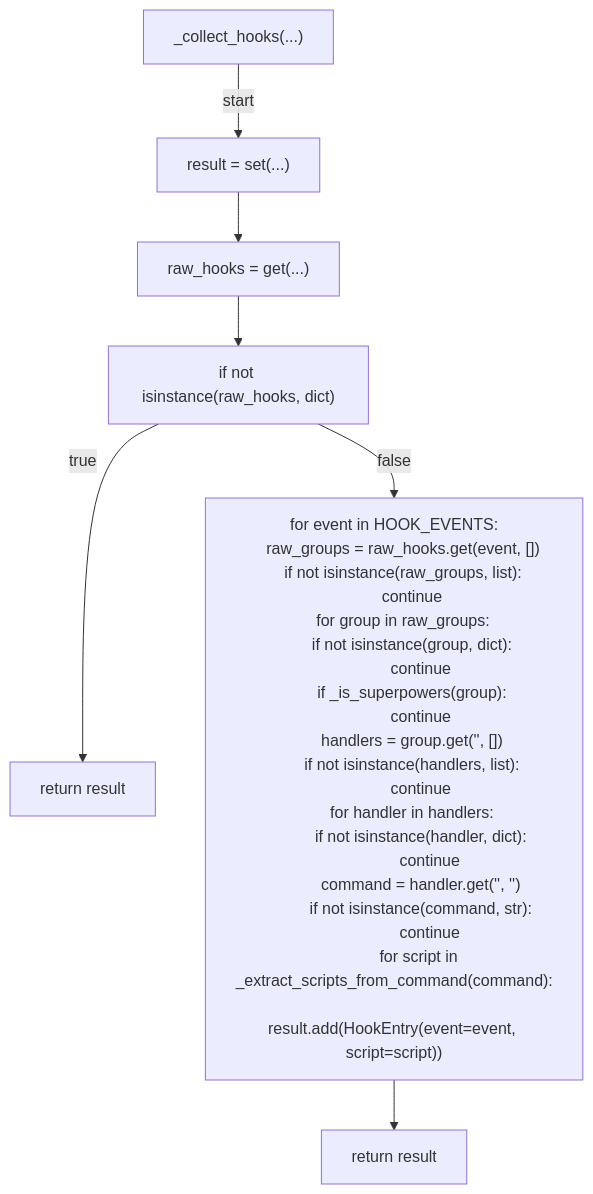
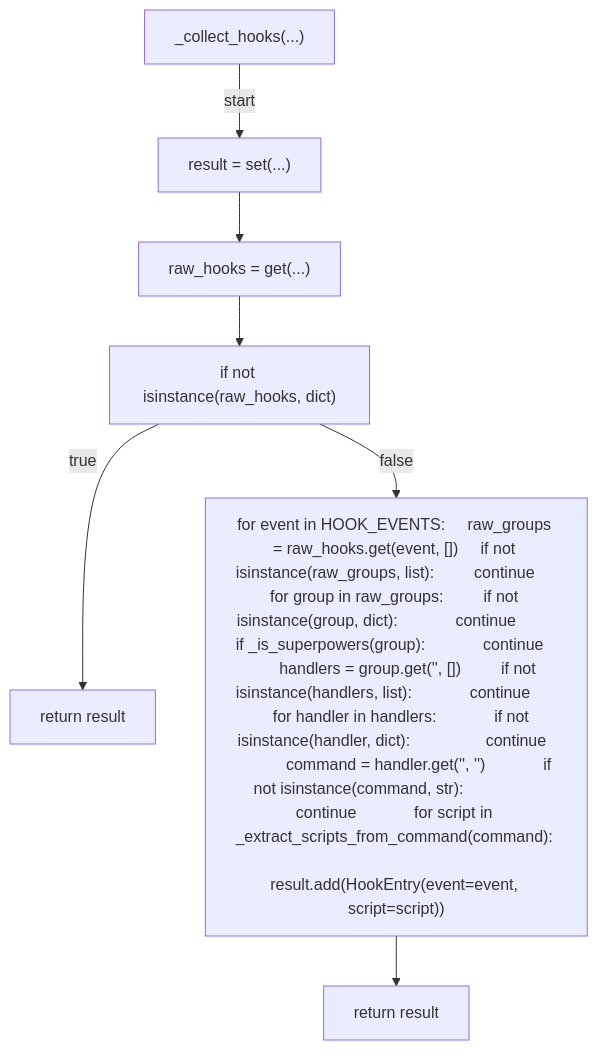
One commit to tvna/claude-md changed the third of 8 diagrams in docs/generated/scripts/ast/scan_hook_coverage_drift.md. Above: the diagram before and after it, drawn with Mermaid. The commit also changed other lines of this file and 29 other files, not shown here.

First line of the commit message:
docs(generated): regenerate decision tree and workflow diagrams (batch 3/5)

````diff
--- a/docs/generated/scripts/ast/scan_hook_coverage_drift.md
+++ b/docs/generated/scripts/ast/scan_hook_coverage_drift.md
@@ -25,35 +25,16 @@
 ```mermaid
 flowchart TD
     N001["_collect_hooks(...)"]
     N002["result = set(...)"]
     N003["raw_hooks = get(...)"]
     N004["if not isinstance(raw_hooks, dict)"]
     N005["return result"]
-    N006["for event in HOOK_EVENTS:
-    raw_groups = raw_hooks.get(event, [])
-    if not isinstance(raw_groups, list):
-        continue
-    for group in raw_groups:
-        if not isinstance(group, dict):
-            continue
-        if _is_superpowers(group):
-            continue
-        handlers = group.get('<str>', [])
-        if not isinstance(handlers, list):
-            continue
-        for handler in handlers:
-            if not isinstance(handler, dict):
-                continue
-            command = handler.get('<str>', '<str>')
-            if not isinstance(command, str):
-                continue
-            for script in _extract_scripts_from_command(command):
-                result.add(HookEntry(event=event, script=script))"]
+    N006["for event in HOOK_EVENTS:     raw_groups = raw_hooks.get(event, [])     if not isinstance(raw_groups, list):         continue     for group in raw_groups:         if not isinstance(group, dict):             continue         if _is_superpowers(group):             continue         handlers = group.get('<str>', [])         if not isinstance(handlers, list):             continue         for handler in handlers:             if not isinstance(handler, dict):                 continue             command = handler.get('<str>', '<str>')             if not isinstance(command, str):                 continue             for script in _extract_scripts_from_command(command):                 result.add(HookEntry(event=event, script=script))"]
     N007["return result"]
     N001 -->|"start"| N002
     N002 --> N003
     N003 --> N004
     N004 -->|"true"| N005
     N004 -->|"false"| N006
     N006 --> N007
 ```
````
